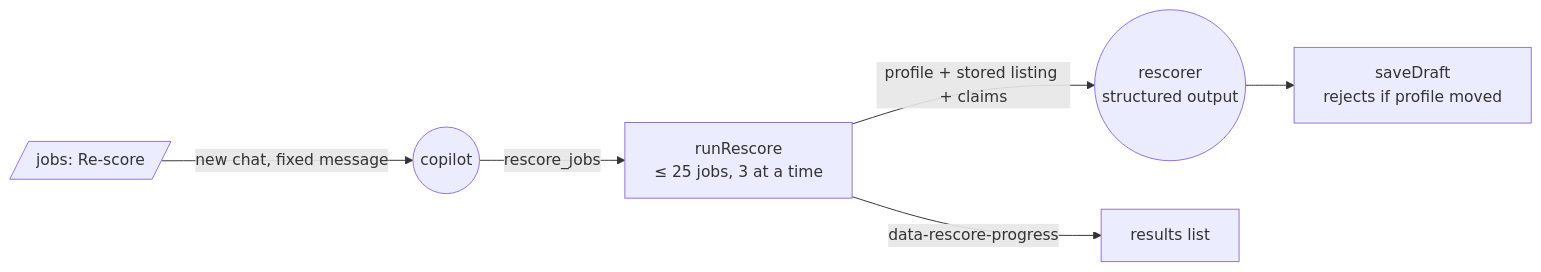
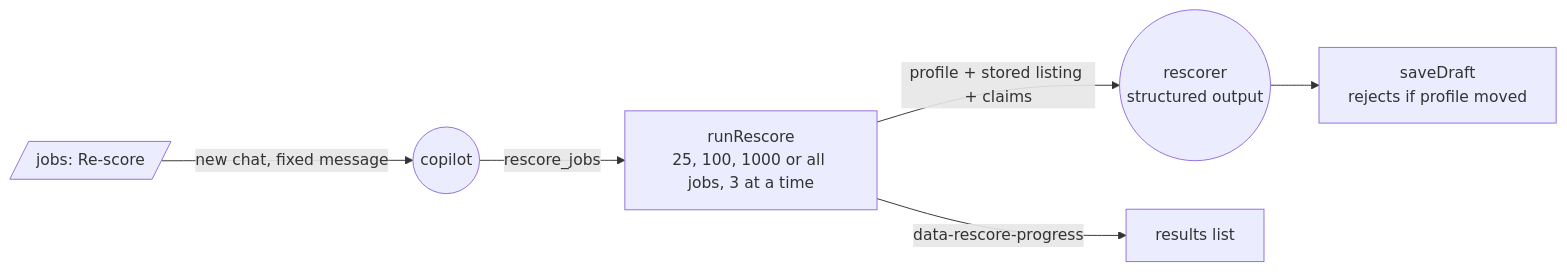
One commit to pppdns/job-agent-mastra changed the tenth of 14 diagrams in docs/architecture.md. Above: the diagram before and after it, drawn with Mermaid. The commit also changed 10 other files, not shown here.

Commit message:
Let re-score batches be 25, 100, 1000 or all jobs; sum up big batches for the model

````diff
--- a/docs/architecture.md
+++ b/docs/architecture.md
@@ -307,8 +307,8 @@
 ```mermaid
 flowchart LR
   B[/jobs: Re-score/] -->|new chat, fixed message| C((copilot))
-  C -->|rescore_jobs| R[runRescore<br/>≤ 25 jobs, 3 at a time]
+  C -->|rescore_jobs| R[runRescore<br/>25, 100, 1000 or all jobs, 3 at a time]
   R -->|profile + stored listing + claims| A((rescorer<br/>structured output))
   A --> D[saveDraft<br/>rejects if profile moved]
   R -->|data-rescore-progress| UI[results list]
 ```
````
